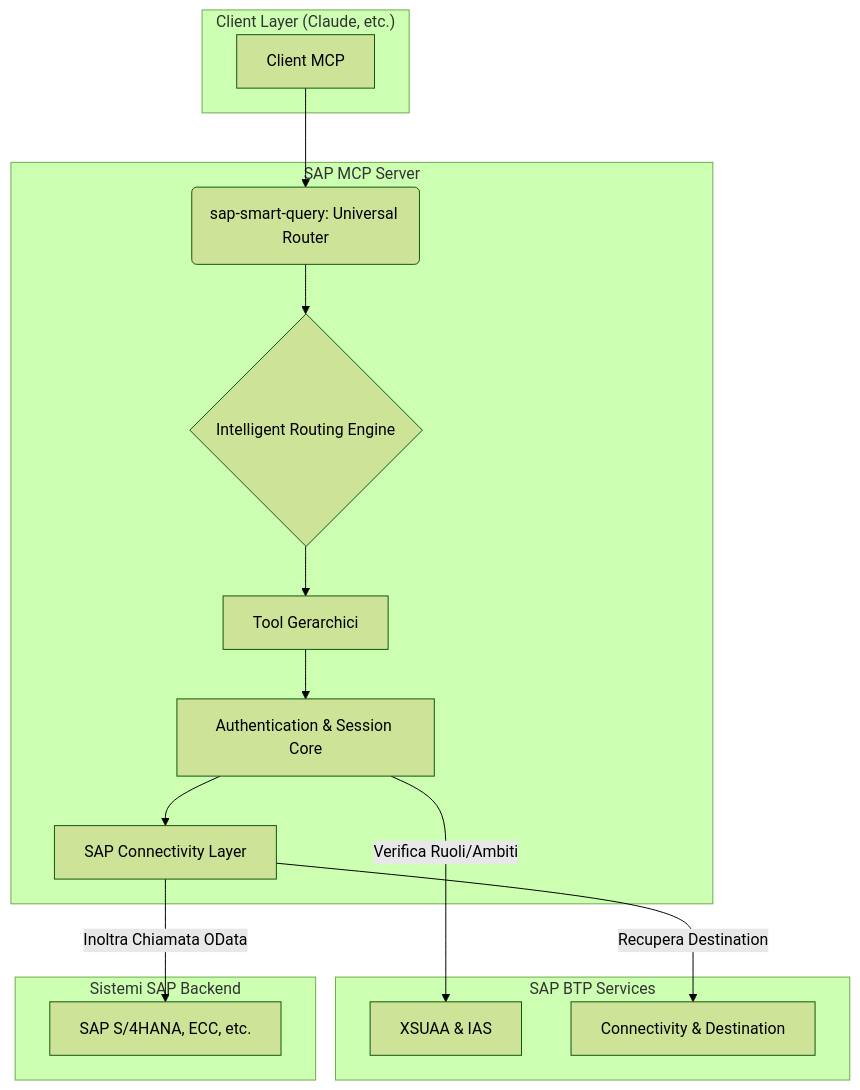
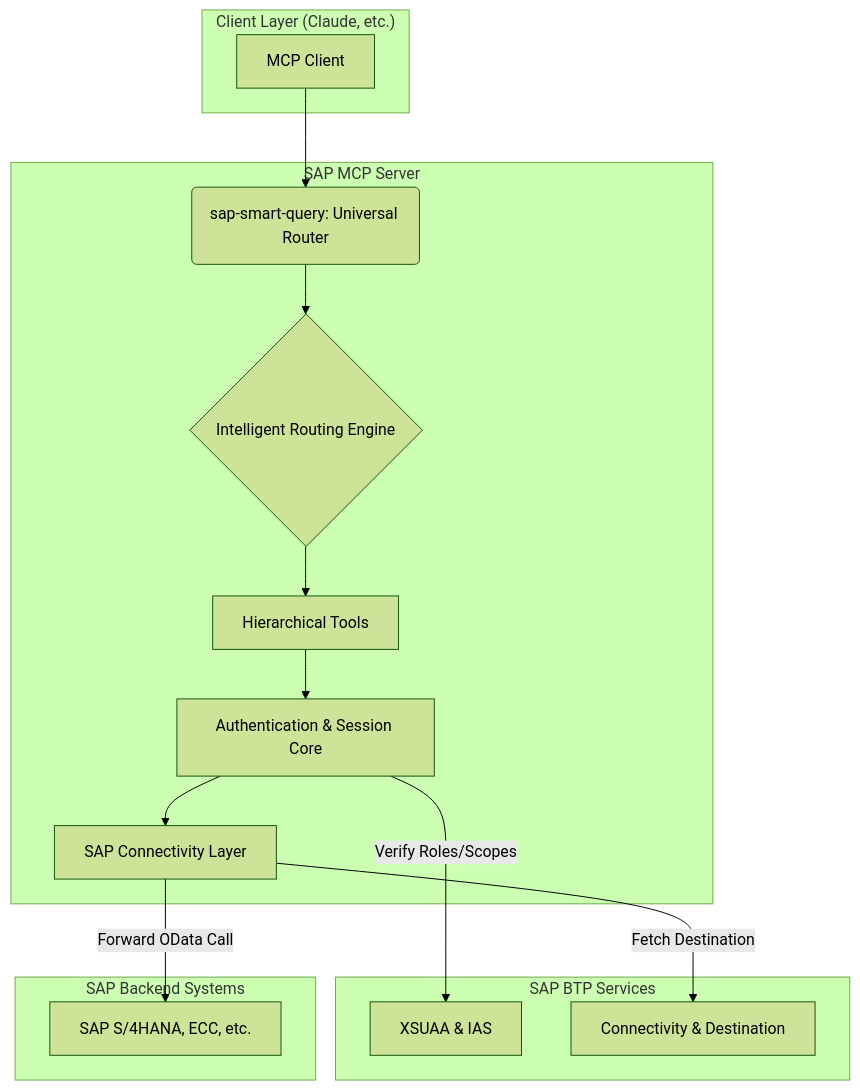
Before and after one commit to Raistlin82/btp-sap-odata-to-mcp-server-optimized: the diagram in docs/ARCHITECTURE.md, drawn with Mermaid (forest theme). The commit also changed other lines of this file and 7 other files, not shown here.

````diff
--- a/docs/ARCHITECTURE.md
+++ b/docs/ARCHITECTURE.md
@@ -7,27 +7,27 @@
 ```mermaid
 graph TD
     subgraph "Client Layer (Claude, etc.)"
-        A[Client MCP]
+        A[MCP Client]
     end
 
     subgraph "SAP MCP Server"
         B(sap-smart-query: Universal Router) --> C{Intelligent Routing Engine}
-        C --> D[Tool Gerarchici]
+        C --> D[Hierarchical Tools]
         D --> E[Authentication & Session Core]
         E --> F[SAP Connectivity Layer]
     end
 
     subgraph "SAP BTP Services"
         G[XSUAA & IAS]
         H[Connectivity & Destination]
     end
 
-    subgraph "Sistemi SAP Backend"
+    subgraph "SAP Backend Systems"
         I[SAP S/4HANA, ECC, etc.]
     end
 
     A --> B
-    E -- "Verifica Ruoli/Ambiti" --> G
-    F -- "Recupera Destination" --> H
-    F -- "Inoltra Chiamata OData" --> I
+    E -- "Verify Roles/Scopes" --> G
+    F -- "Fetch Destination" --> H
+    F -- "Forward OData Call" --> I
 ```
````
